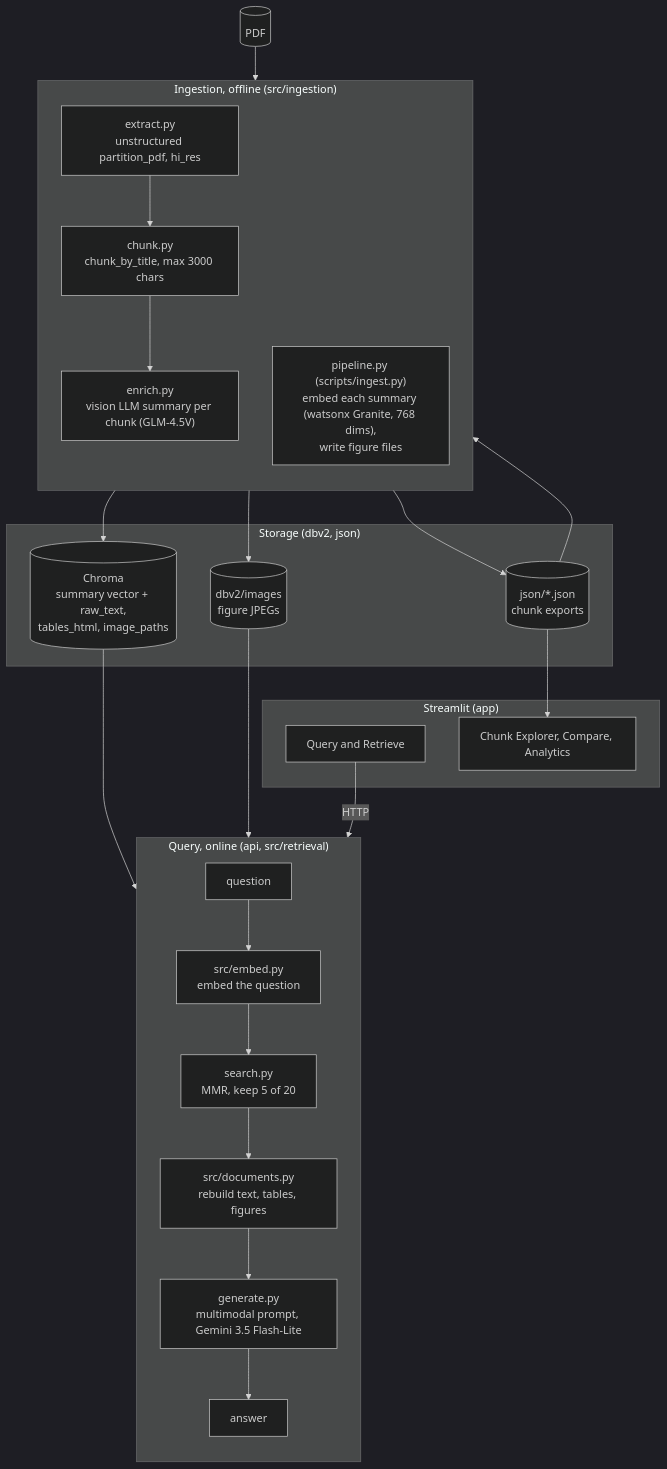
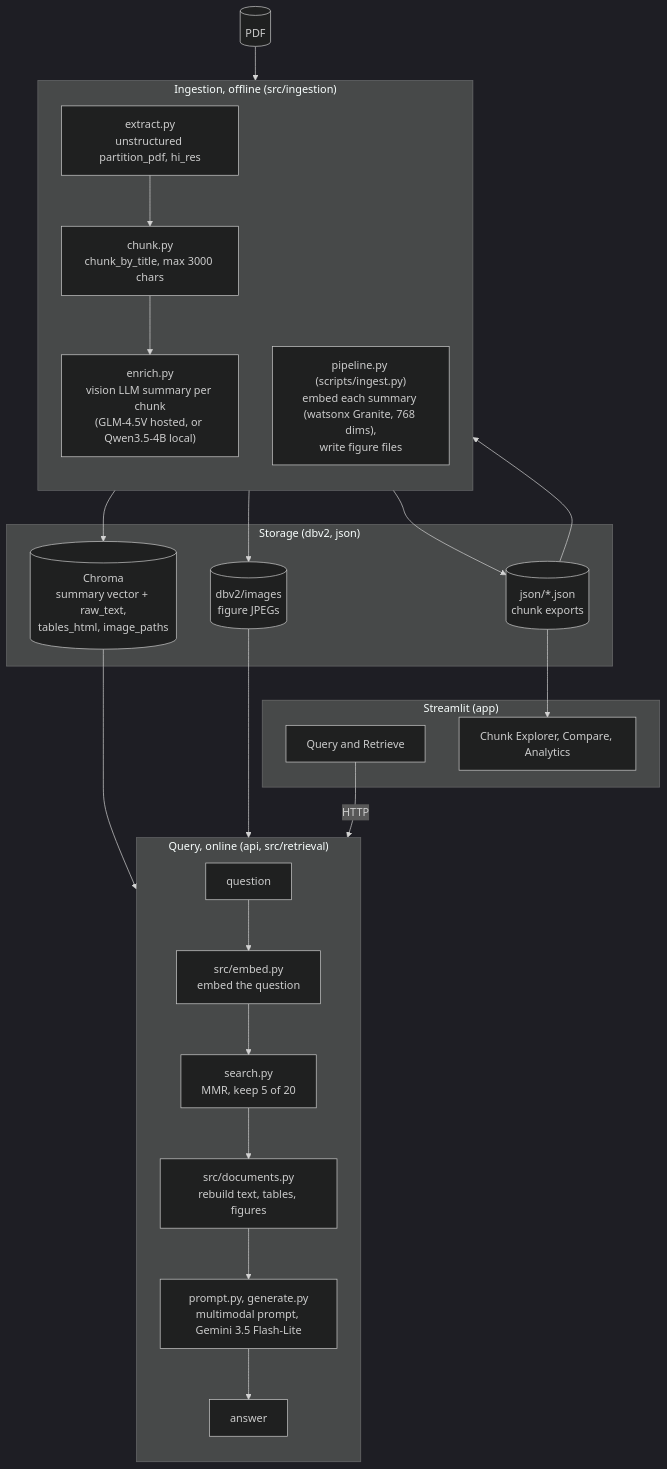
Before and after one commit to amehnd/Ki-Craft: the diagram in README.md, drawn with Mermaid (dark theme). The commit also changed other lines of this file and 9 other files, not shown here.

````diff
--- a/README.md
+++ b/README.md
@@ -63,45 +57,45 @@
 ```mermaid
 flowchart TB
     PDF[("PDF")]
 
     subgraph Ingestion["Ingestion, offline (src/ingestion)"]
         direction TB
         PART["extract.py<br/>unstructured partition_pdf, hi_res"]
         CHUNK["chunk.py<br/>chunk_by_title, max 3000 chars"]
-        ENRICH["enrich.py<br/>vision LLM summary per chunk (GLM-4.5V)"]
+        ENRICH["enrich.py<br/>vision LLM summary per chunk<br/>(GLM-4.5V hosted, or Qwen3.5-4B local)"]
         BUILD["pipeline.py (scripts/ingest.py)<br/>embed each summary (watsonx Granite, 768 dims),<br/>write figure files"]
         PART --> CHUNK --> ENRICH
     end
 
     subgraph Storage["Storage (dbv2, json)"]
         CHROMA[("Chroma<br/>summary vector + raw_text,<br/>tables_html, image_paths")]
         IMAGES[("dbv2/images<br/>figure JPEGs")]
         JSON[("json/*.json<br/>chunk exports")]
     end
 
     subgraph Query["Query, online (api, src/retrieval)"]
         direction TB
         Q["question"]
         EMBED_Q["src/embed.py<br/>embed the question"]
         MMR["search.py<br/>MMR, keep 5 of 20"]
         REBUILD["src/documents.py<br/>rebuild text, tables, figures"]
-        GEN["generate.py<br/>multimodal prompt, Gemini 3.5 Flash-Lite"]
+        GEN["prompt.py, generate.py<br/>multimodal prompt, Gemini 3.5 Flash-Lite"]
         ANSWER["answer"]
         Q --> EMBED_Q --> MMR --> REBUILD --> GEN --> ANSWER
     end
 
     subgraph UI["Streamlit (app)"]
         CHAT["Query and Retrieve"]
         EXPLORE["Chunk Explorer, Compare, Analytics"]
     end
 
     PDF --> PART
     ENRICH --> JSON
     JSON --> BUILD
     BUILD --> CHROMA
     BUILD --> IMAGES
     CHROMA --> MMR
     IMAGES --> REBUILD
     CHAT -- "HTTP" --> Q
     JSON --> EXPLORE
 ```
````
